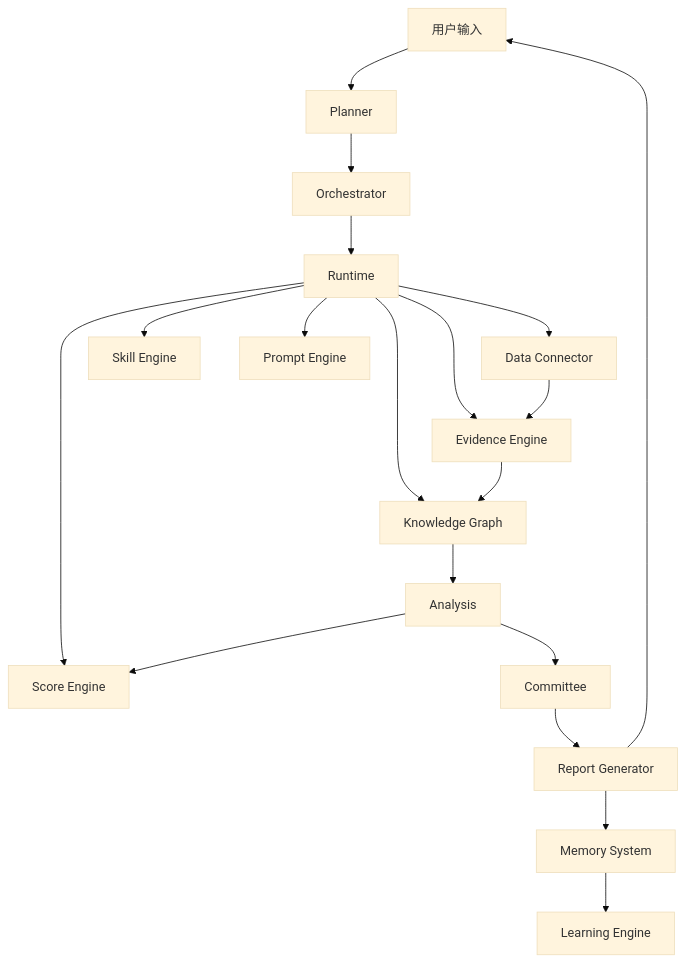
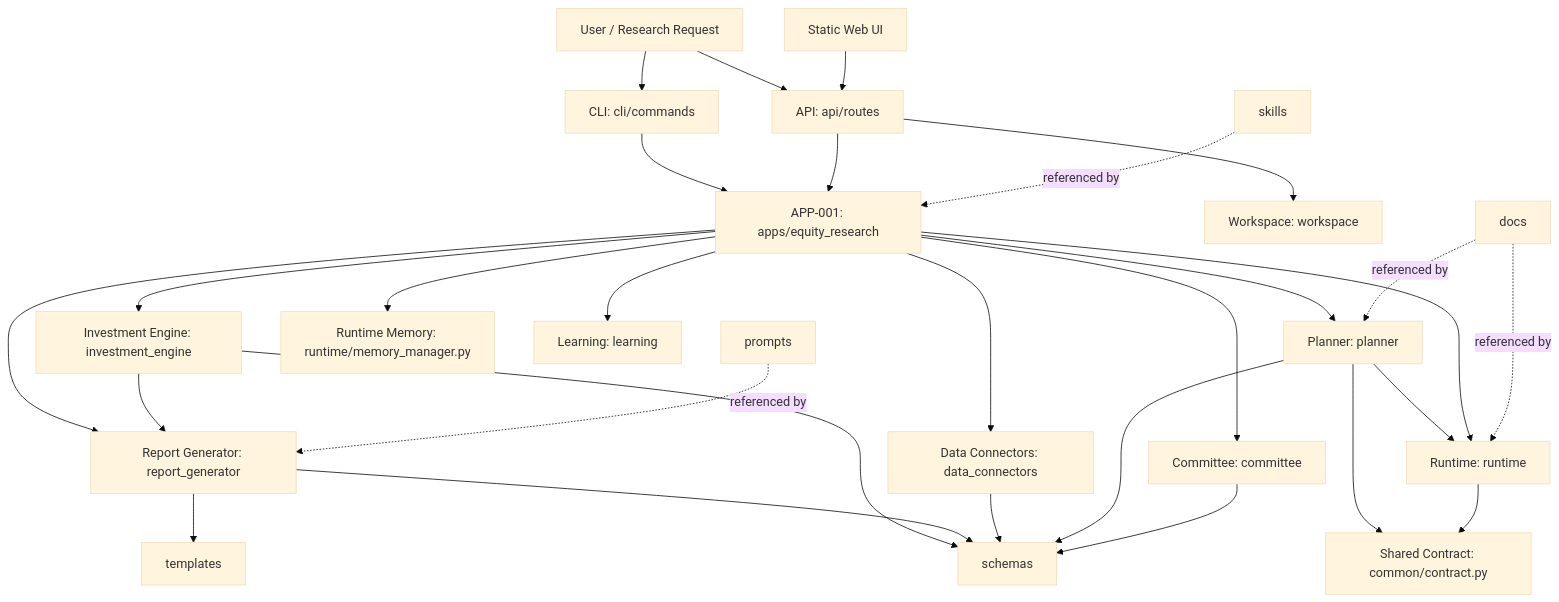
The first of 4 diagrams in docs/audit/DEPENDENCY_MAP.md (evan-zhang/AIRS), drawn with Mermaid (base theme) before and after one commit. The commit also changed other lines of this file and 29 other files, not shown here.

First line of the commit message:
qa: stabilize AIRS architecture boundaries

````diff
--- a/docs/audit/DEPENDENCY_MAP.md
+++ b/docs/audit/DEPENDENCY_MAP.md
@@ -3,27 +7,58 @@
 ```mermaid
-graph TD
-    User[用户输入] --> Planner[Planner]
-    Planner --> Orchestrator[Orchestrator]
-    Orchestrator --> Runtime[Runtime]
-    
-    Runtime --> Connector[Data Connector]
-    Runtime --> Evidence[Evidence Engine]
-    Runtime --> KG[Knowledge Graph]
-    Runtime --> Skill[Skill Engine]
-    Runtime --> Prompt[Prompt Engine]
-    Runtime --> Score[Score Engine]
-    
-    Connector --> Evidence
-    Evidence --> KG
-    KG --> Analysis[Analysis]
-    
-    Analysis --> Score
-    Analysis --> Committee[Committee]
-    
-    Committee --> Report[Report Generator]
-    
-    Report --> Memory[Memory System]
-    Memory --> Learning[Learning Engine]
-    
-    Report --> User
+flowchart TD
+    User[User / Research Request]
+    CLI[CLI: cli/commands]
+    API[API: api/routes]
+    Web[Static Web UI]
+    App[APP-001: apps/equity_research]
+
+    Planner[Planner: planner]
+    Contract[Shared Contract: common/contract.py]
+    Runtime[Runtime: runtime]
+    Connectors[Data Connectors: data_connectors]
+    Investment[Investment Engine: investment_engine]
+    Committee[Committee: committee]
+    Report[Report Generator: report_generator]
+    Workspace[Workspace: workspace]
+    RuntimeMemory[Runtime Memory: runtime/memory_manager.py]
+    Learning[Learning: learning]
+
+    Schema[schemas]
+    Templates[templates]
+    Prompts[prompts]
+    Skills[skills]
+    Docs[docs]
+
+    User --> CLI
+    User --> API
+    Web --> API
+    CLI --> App
+    API --> App
+    API --> Workspace
+
+    App --> Planner
+    Planner --> Contract
+    Planner --> Runtime
+    App --> Runtime
+    Runtime --> Contract
+
+    App --> Connectors
+    App --> Investment
+    App --> Committee
+    App --> Report
+    App --> RuntimeMemory
+    App --> Learning
+
+    Investment --> Report
+    Investment --> Schema
+    Report --> Templates
+    Report --> Schema
+    Connectors --> Schema
+    Planner --> Schema
+    Committee --> Schema
+
+    Prompts -. referenced by .-> Report
+    Skills -. referenced by .-> App
+    Docs -. referenced by .-> Planner
+    Docs -. referenced by .-> Runtime
 ```
````
